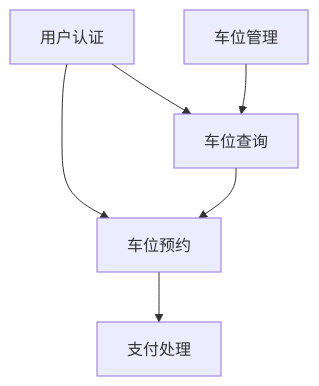
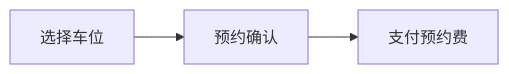
One commit to VVolfBite/HomeWork changed the third of 6 diagrams in 软件工程/详细需求规格说明书.md. Above: the diagram before and after it, drawn with Mermaid. The commit also changed other lines of this file and 5 other files, not shown here.

````diff
--- a/软件工程/详细需求规格说明书.md
+++ b/软件工程/详细需求规格说明书.md
@@ -317,8 +335,5 @@
 ```mermaid
-graph TD
-A[用户认证] --> B[车位查询]
-A --> C[车位预约]
-B --> C
-C --> D[支付处理]
-E[车位管理] --> B
+graph LR
+A[选择车位] --> B[预约确认]
+B --> C[支付预约费]
 ```
````
